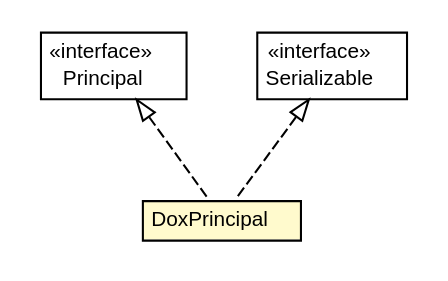
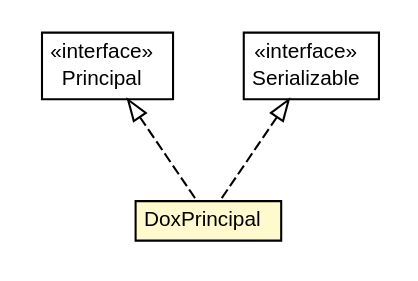
Before and after one commit to trajano/doxdb: the diagram in doxdb-core/apidocs/net/trajano/doxdb/internal/DoxPrincipal.dot, drawn with Graphviz. The commit also changed 257 other files, not shown here.

```diff
--- a/doxdb-core/apidocs/net/trajano/doxdb/internal/DoxPrincipal.dot
+++ b/doxdb-core/apidocs/net/trajano/doxdb/internal/DoxPrincipal.dot
@@ -1,36 +1,36 @@
 #!/usr/local/bin/dot
 #
 # Class diagram 
 # Generated by UMLGraph version R5_6-24-gf6e263 (http://www.umlgraph.org/)
 #
 
 digraph G {
-	edge [fontname="Helvetica",fontsize=10,labelfontname="Helvetica",labelfontsize=10];
-	node [fontname="Helvetica",fontsize=10,shape=plaintext];
+	edge [fontname="arial",fontsize=10,labelfontname="arial",labelfontsize=10];
+	node [fontname="arial",fontsize=10,shape=plaintext];
 	nodesep=0.25;
 	ranksep=0.5;
 	// net.trajano.doxdb.internal.DoxPrincipal
-	c306 [label=<<table title="net.trajano.doxdb.internal.DoxPrincipal" border="0" cellborder="1" cellspacing="0" cellpadding="2" port="p" bgcolor="lemonChiffon" href="./DoxPrincipal.html">
+	c325 [label=<<table title="net.trajano.doxdb.internal.DoxPrincipal" border="0" cellborder="1" cellspacing="0" cellpadding="2" port="p" bgcolor="lemonChiffon" href="./DoxPrincipal.html">
 		<tr><td><table border="0" cellspacing="0" cellpadding="1">
 <tr><td align="center" balign="center"> DoxPrincipal </td></tr>
 		</table></td></tr>
-		</table>>, URL="./DoxPrincipal.html", fontname="Helvetica", fontcolor="black", fontsize=10.0];
+		</table>>, URL="./DoxPrincipal.html", fontname="arial", fontcolor="black", fontsize=10.0];
 	//net.trajano.doxdb.internal.DoxPrincipal implements java.security.Principal
-	c320:p -> c306:p [dir=back,arrowtail=empty,style=dashed];
+	c335:p -> c325:p [dir=back,arrowtail=empty,style=dashed];
 	//net.trajano.doxdb.internal.DoxPrincipal implements java.io.Serializable
-	c321:p -> c306:p [dir=back,arrowtail=empty,style=dashed];
+	c336:p -> c325:p [dir=back,arrowtail=empty,style=dashed];
+	// java.io.Serializable
+	c336 [label=<<table title="java.io.Serializable" border="0" cellborder="1" cellspacing="0" cellpadding="2" port="p" href="http://java.sun.com/j2se/1.4.2/docs/api/java/io/Serializable.html">
+		<tr><td><table border="0" cellspacing="0" cellpadding="1">
+<tr><td align="center" balign="center"> &#171;interface&#187; </td></tr>
+<tr><td align="center" balign="center"> Serializable </td></tr>
+		</table></td></tr>
+		</table>>, URL="http://java.sun.com/j2se/1.4.2/docs/api/java/io/Serializable.html", fontname="arial", fontcolor="black", fontsize=10.0];
 	// java.security.Principal
-	c320 [label=<<table title="java.security.Principal" border="0" cellborder="1" cellspacing="0" cellpadding="2" port="p" href="http://java.sun.com/j2se/1.4.2/docs/api/java/security/Principal.html">
+	c335 [label=<<table title="java.security.Principal" border="0" cellborder="1" cellspacing="0" cellpadding="2" port="p" href="http://java.sun.com/j2se/1.4.2/docs/api/java/security/Principal.html">
 		<tr><td><table border="0" cellspacing="0" cellpadding="1">
 <tr><td align="center" balign="center"> &#171;interface&#187; </td></tr>
 <tr><td align="center" balign="center"> Principal </td></tr>
 		</table></td></tr>
-		</table>>, URL="http://java.sun.com/j2se/1.4.2/docs/api/java/security/Principal.html", fontname="Helvetica", fontcolor="black", fontsize=10.0];
-	// java.io.Serializable
-	c321 [label=<<table title="java.io.Serializable" border="0" cellborder="1" cellspacing="0" cellpadding="2" port="p" href="http://java.sun.com/j2se/1.4.2/docs/api/java/io/Serializable.html">
-		<tr><td><table border="0" cellspacing="0" cellpadding="1">
-<tr><td align="center" balign="center"> &#171;interface&#187; </td></tr>
-<tr><td align="center" balign="center"> Serializable </td></tr>
-		</table></td></tr>
-		</table>>, URL="http://java.sun.com/j2se/1.4.2/docs/api/java/io/Serializable.html", fontname="Helvetica", fontcolor="black", fontsize=10.0];
+		</table>>, URL="http://java.sun.com/j2se/1.4.2/docs/api/java/security/Principal.html", fontname="arial", fontcolor="black", fontsize=10.0];
 }
```
